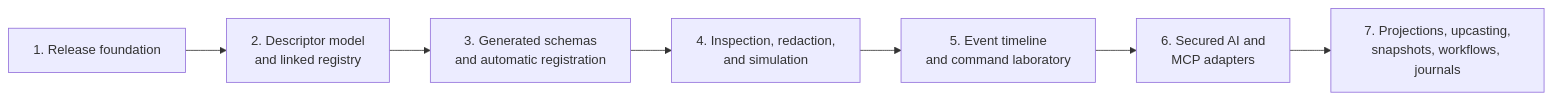
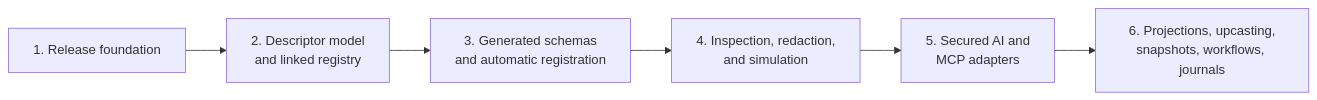
One commit to elbLabs/rostfrei changed the eighth of 8 diagrams in docs/cofounder-project-summary.md. Above: the diagram before and after it, drawn with Mermaid. The commit also changed other lines of this file and 131 other files, not shown here.

````diff
--- a/docs/cofounder-project-summary.md
+++ b/docs/cofounder-project-summary.md
@@ -457,9 +453,8 @@
 ```mermaid
 flowchart LR
     Release[1. Release foundation] --> Registry[2. Descriptor model<br/>and linked registry]
     Registry --> Macros[3. Generated schemas<br/>and automatic registration]
     Macros --> Simulation[4. Inspection, redaction,<br/>and simulation]
-    Simulation --> Studio[5. Event timeline<br/>and command laboratory]
-    Studio --> AI[6. Secured AI and<br/>MCP adapters]
-    AI --> Advanced[7. Projections, upcasting,<br/>snapshots, workflows, journals]
+    Simulation --> AI[5. Secured AI and<br/>MCP adapters]
+    AI --> Advanced[6. Projections, upcasting,<br/>snapshots, workflows, journals]
 ```
````
